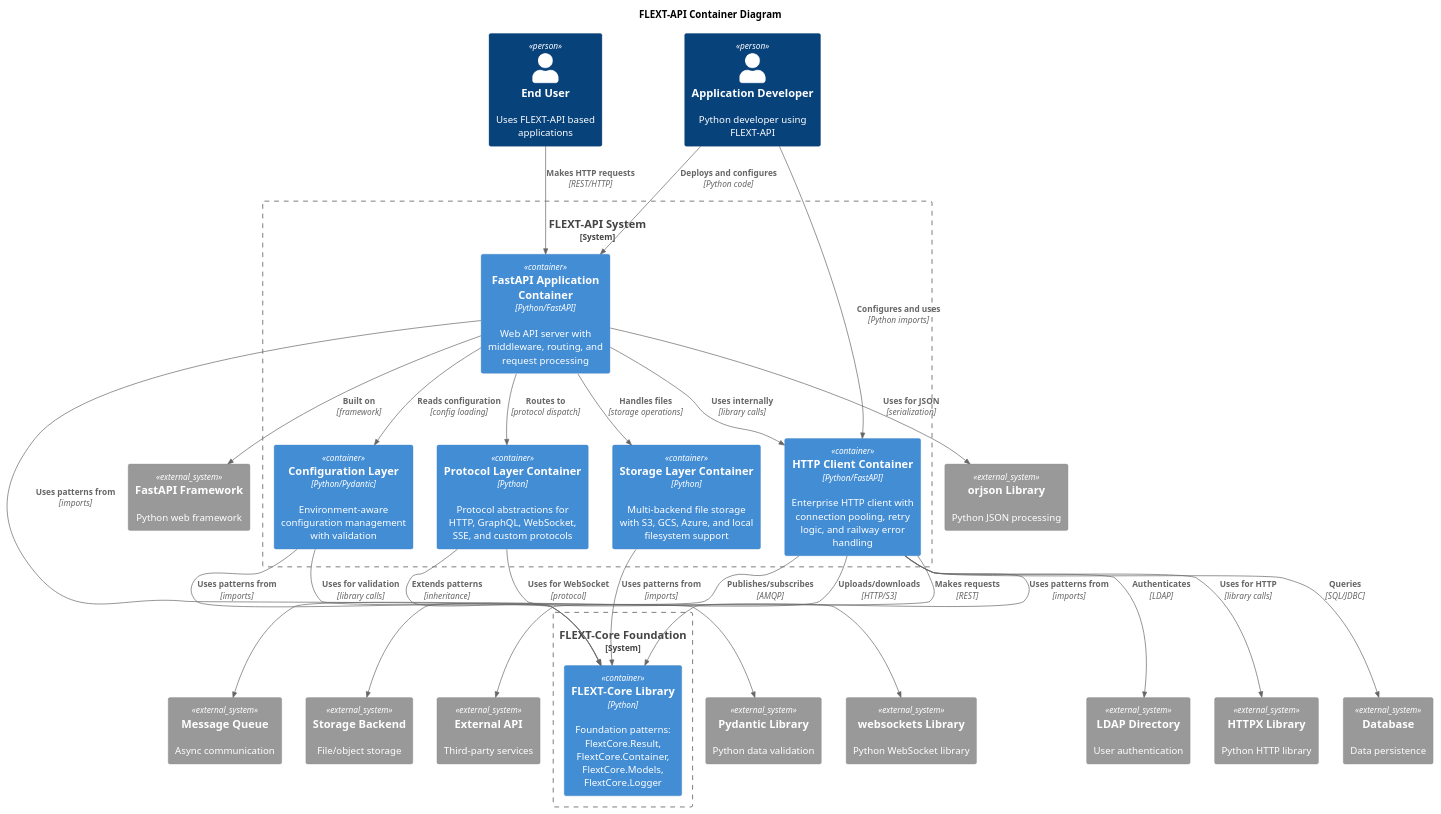
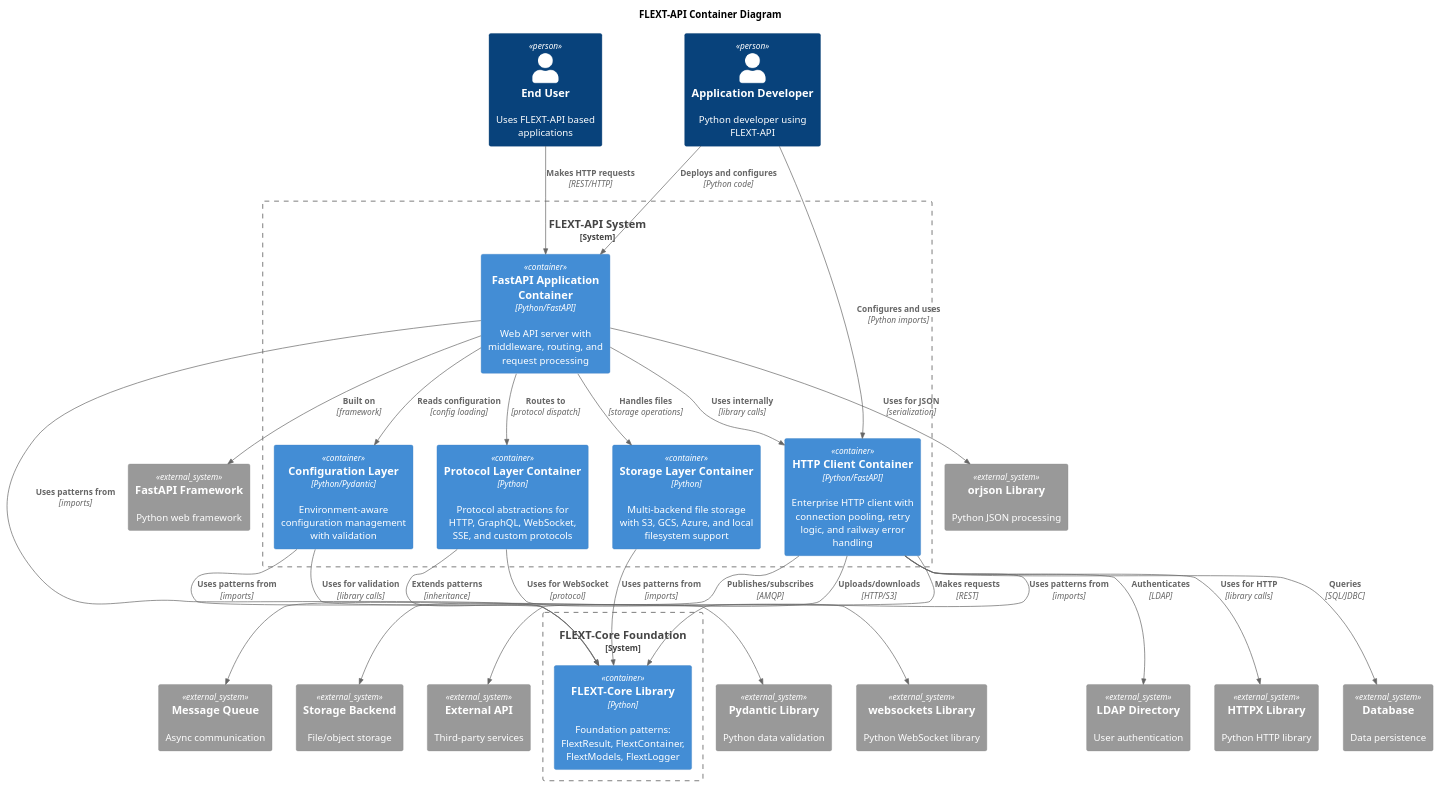
Before and after one commit to flext-sh/flext-api: the diagram in docs/architecture/c4-model/containers.md, drawn with PlantUML. The commit also changed 66 other files, not shown here.

````diff
--- a/docs/architecture/c4-model/containers.md
+++ b/docs/architecture/c4-model/containers.md
@@ -9,62 +9,62 @@
 ```plantuml
 @startuml FLEXT-API Containers
 !include https://raw.githubusercontent.com/plantuml-stdlib/C4-PlantUML/master/C4_Container.puml
 
 title FLEXT-API Container Diagram
 
 Person(developer, "Application Developer", "Python developer using FLEXT-API")
 Person(end_user, "End User", "Uses FLEXT-API based applications")
 
 System_Boundary(flext_api_system, "FLEXT-API System") {
     Container(api_client, "HTTP Client Container", "Python/FastAPI", "Enterprise HTTP client with connection pooling, retry logic, and railway error handling")
     Container(fastapi_app, "FastAPI Application Container", "Python/FastAPI", "Web API server with middleware, routing, and request processing")
     Container(protocol_layer, "Protocol Layer Container", "Python", "Protocol abstractions for HTTP, GraphQL, WebSocket, SSE, and custom protocols")
     Container(storage_layer, "Storage Layer Container", "Python", "Multi-backend file storage with S3, GCS, Azure, and local filesystem support")
     Container(config_layer, "Configuration Layer", "Python/Pydantic", "Environment-aware configuration management with validation")
 }
 
 System_Boundary(flext_core_system, "FLEXT-Core Foundation") {
-    Container(flext_core, "FLEXT-Core Library", "Python", "Foundation patterns: FlextCore.Result, FlextCore.Container, FlextCore.Models, FlextCore.Logger")
+    Container(flext_core, "FLEXT-Core Library", "Python", "Foundation patterns: FlextResult, FlextContainer, FlextModels, FlextLogger")
 }
 
 System_Ext(httpx_lib, "HTTPX Library", "Python HTTP library")
 System_Ext(fastapi_lib, "FastAPI Framework", "Python web framework")
 System_Ext(pydantic_lib, "Pydantic Library", "Python data validation")
 System_Ext(orjson_lib, "orjson Library", "Python JSON processing")
 System_Ext(websockets_lib, "websockets Library", "Python WebSocket library")
 
 System_Ext(ldap_server, "LDAP Directory", "User authentication")
 System_Ext(database, "Database", "Data persistence")
 System_Ext(message_queue, "Message Queue", "Async communication")
 System_Ext(storage_backend, "Storage Backend", "File/object storage")
 System_Ext(external_api, "External API", "Third-party services")
 
 Rel(developer, api_client, "Configures and uses", "Python imports")
 Rel(developer, fastapi_app, "Deploys and configures", "Python code")
 Rel(end_user, fastapi_app, "Makes HTTP requests", "REST/HTTP")
 
 Rel(api_client, flext_core, "Uses patterns from", "imports")
 Rel(fastapi_app, flext_core, "Uses patterns from", "imports")
 Rel(protocol_layer, flext_core, "Extends patterns", "inheritance")
 Rel(storage_layer, flext_core, "Uses patterns from", "imports")
 Rel(config_layer, flext_core, "Uses patterns from", "imports")
 
 Rel(api_client, httpx_lib, "Uses for HTTP", "library calls")
 Rel(fastapi_app, fastapi_lib, "Built on", "framework")
 Rel(config_layer, pydantic_lib, "Uses for validation", "library calls")
 Rel(fastapi_app, orjson_lib, "Uses for JSON", "serialization")
 Rel(protocol_layer, websockets_lib, "Uses for WebSocket", "protocol")
 
 Rel(api_client, ldap_server, "Authenticates", "LDAP")
 Rel(api_client, database, "Queries", "SQL/JDBC")
 Rel(api_client, message_queue, "Publishes/subscribes", "AMQP")
 Rel(api_client, storage_backend, "Uploads/downloads", "HTTP/S3")
 Rel(api_client, external_api, "Makes requests", "REST")
 
 Rel(fastapi_app, api_client, "Uses internally", "library calls")
 Rel(fastapi_app, protocol_layer, "Routes to", "protocol dispatch")
 Rel(fastapi_app, storage_layer, "Handles files", "storage operations")
 Rel(fastapi_app, config_layer, "Reads configuration", "config loading")
 
 @enduml
 ```
````
